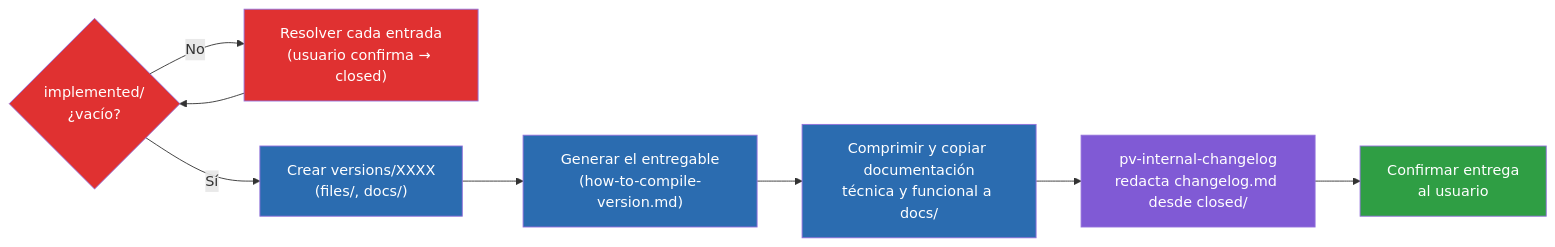
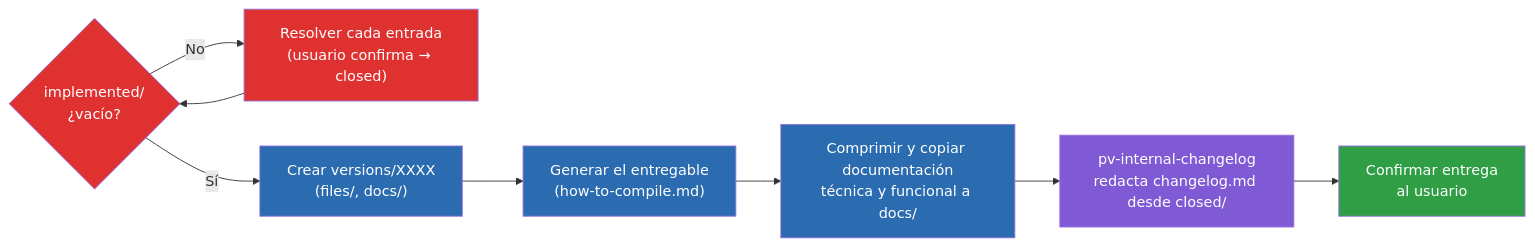
The second of 2 diagrams in .claude/pv-doc/pv-guide.es.md (yeyopepe/previo-sdd), drawn with Mermaid before and after one commit. The commit also changed other lines of this file and 18 other files, not shown here.

````diff
--- a/.claude/pv-doc/pv-guide.es.md
+++ b/.claude/pv-doc/pv-guide.es.md
@@ -242,22 +242,22 @@
 ```mermaid
 flowchart LR
     Guard{"implemented/\n¿vacío?"}
     Resolve["Resolver cada entrada\n(usuario confirma → closed)"]
     Folder["Crear versions/XXXX\n(files/, docs/)"]
-    Compile["Generar el entregable\n(how-to-compile-version.md)"]
+    Compile["Generar el entregable\n(how-to-compile.md)"]
     Docs["Comprimir y copiar documentación\ntécnica y funcional a docs/"]
     Changelog["pv-internal-changelog\nredacta changelog.md desde closed/"]
     Confirm["Confirmar entrega\nal usuario"]
 
     Guard -- No --> Resolve --> Guard
     Guard -- Sí --> Folder --> Compile --> Docs --> Changelog --> Confirm
 
     classDef guardrail fill:#e03131,color:#fff
     classDef core fill:#2b6cb0,color:#fff
     classDef internal fill:#805ad5,color:#fff
     classDef done fill:#2f9e44,color:#fff
     class Guard,Resolve guardrail
     class Folder,Compile,Docs core
     class Changelog internal
     class Confirm done
 ```
````
